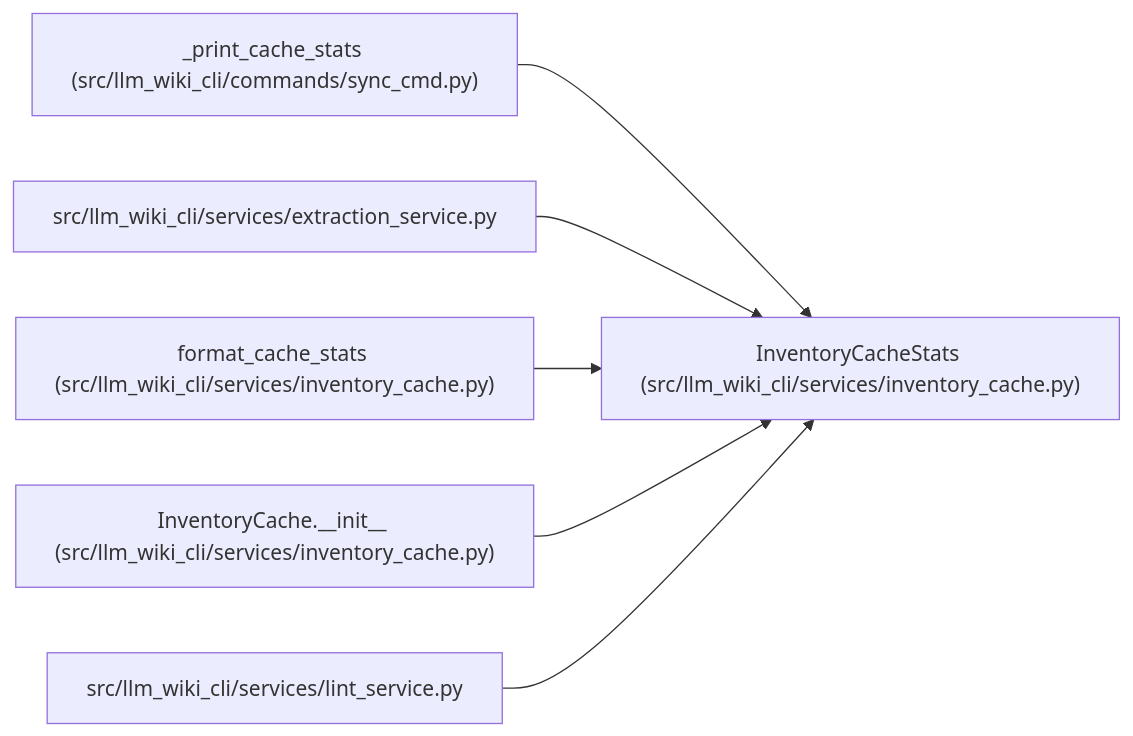
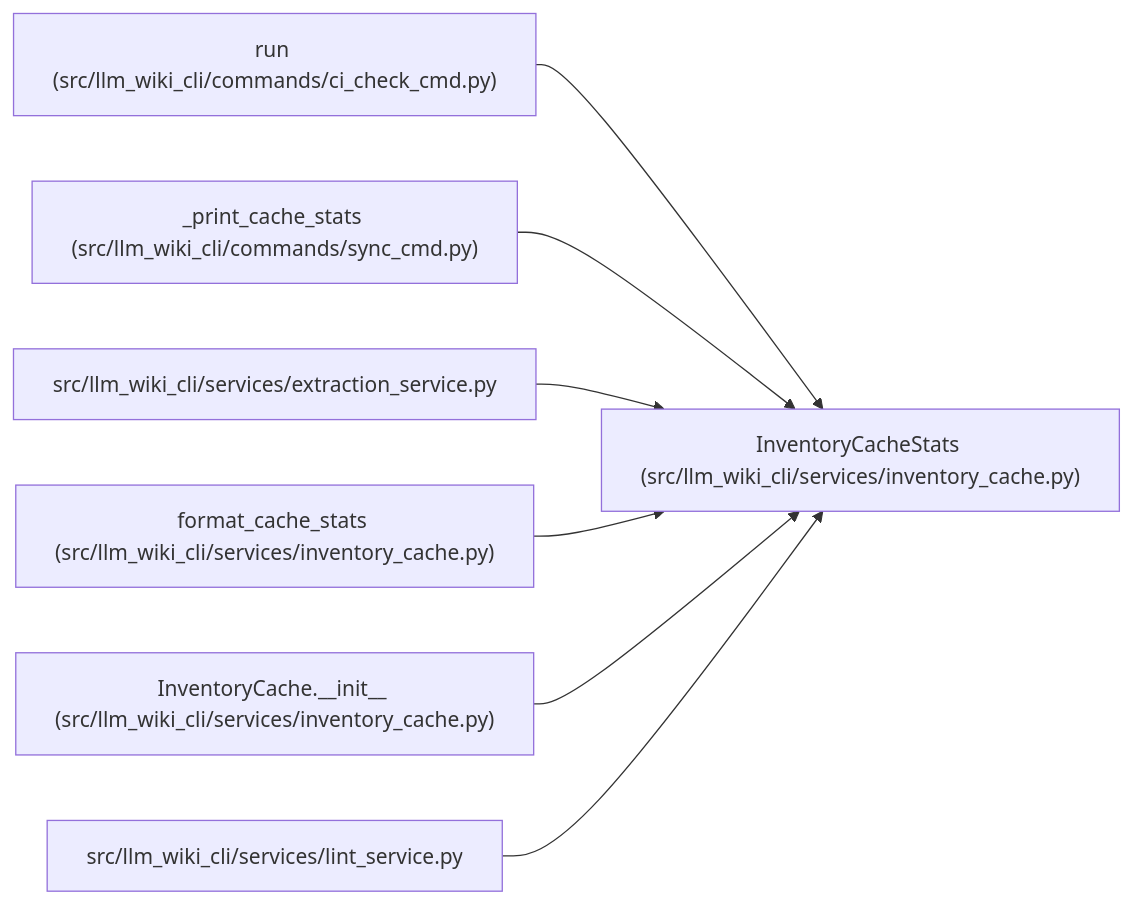
One commit to Denissvgn/python-wiki-llm changed the diagram in docs/llm_wiki/entities/InventoryCacheStats.md. Above: the diagram before and after it, drawn with Mermaid. The commit also changed other lines of this file and 240 other files, not shown here.

````diff
--- a/docs/llm_wiki/entities/InventoryCacheStats.md
+++ b/docs/llm_wiki/entities/InventoryCacheStats.md
@@ -39,20 +40,23 @@
 ```mermaid
 flowchart LR
     n0["InventoryCacheStats (src/llm_wiki_cli/services/inventory_cache.py)"]
-    n1["_print_cache_stats (src/llm_wiki_cli/commands/sync_cmd.py)"]
-    n2["src/llm_wiki_cli/services/extraction_service.py"]
-    n3["format_cache_stats (src/llm_wiki_cli/services/inventory_cache.py)"]
-    n4["InventoryCache.__init__ (src/llm_wiki_cli/services/inventory_cache.py)"]
-    n5["src/llm_wiki_cli/services/lint_service.py"]
+    n1["run (src/llm_wiki_cli/commands/ci_check_cmd.py)"]
+    n2["_print_cache_stats (src/llm_wiki_cli/commands/sync_cmd.py)"]
+    n3["src/llm_wiki_cli/services/extraction_service.py"]
+    n4["format_cache_stats (src/llm_wiki_cli/services/inventory_cache.py)"]
+    n5["InventoryCache.__init__ (src/llm_wiki_cli/services/inventory_cache.py)"]
+    n6["src/llm_wiki_cli/services/lint_service.py"]
     n1 --> n0
     n2 --> n0
     n3 --> n0
     n4 --> n0
     n5 --> n0
+    n6 --> n0
     click n0 "../modules/inventory_cache.md"
-    click n1 "../modules/sync_cmd.md"
-    click n2 "../modules/extraction_service.md"
-    click n3 "../modules/inventory_cache.md"
+    click n1 "../modules/ci_check_cmd.md"
+    click n2 "../modules/sync_cmd.md"
+    click n3 "../modules/extraction_service.md"
     click n4 "../modules/inventory_cache.md"
-    click n5 "../modules/lint_service.md"
+    click n5 "../modules/inventory_cache.md"
+    click n6 "../modules/lint_service.md"
 ```
````
